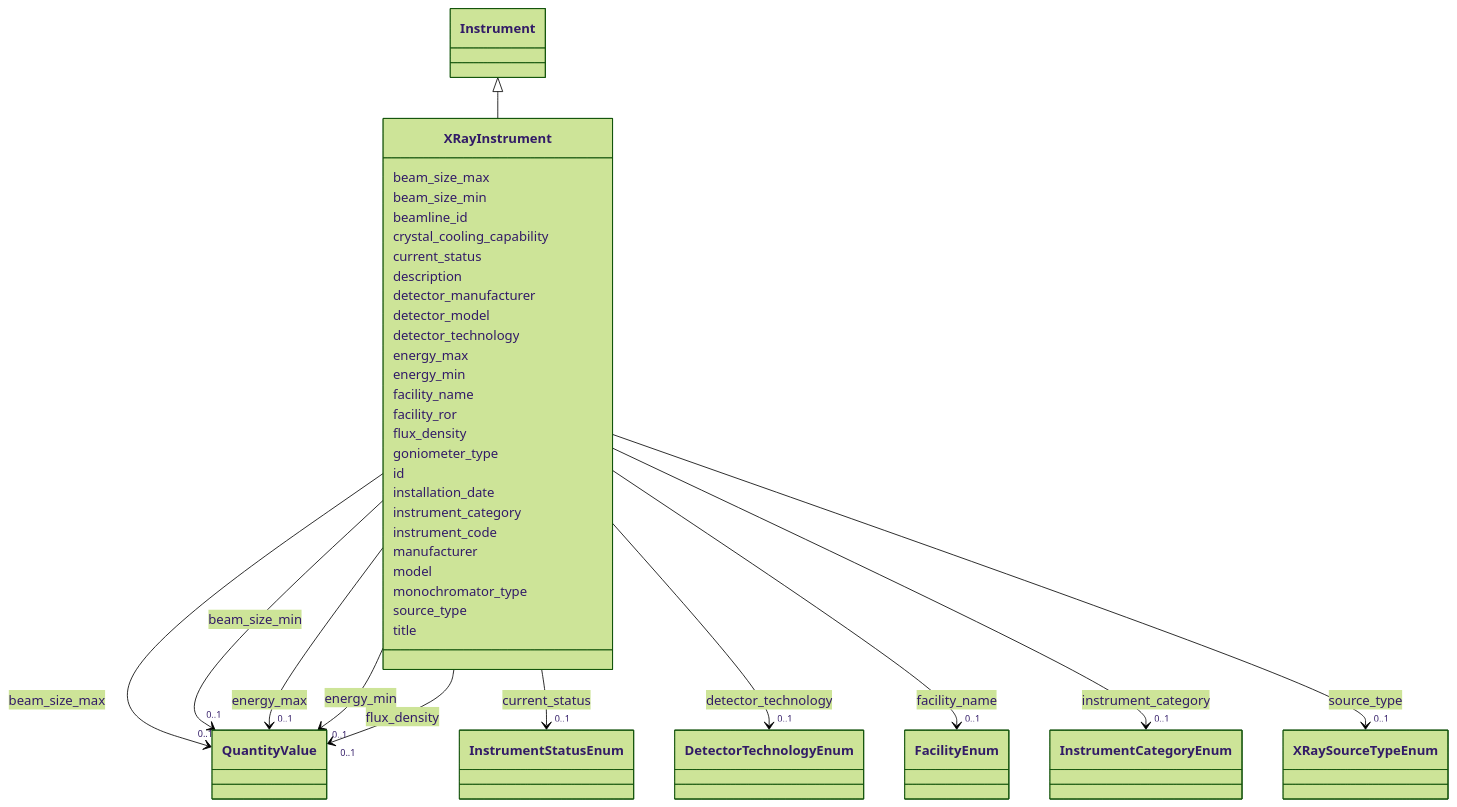
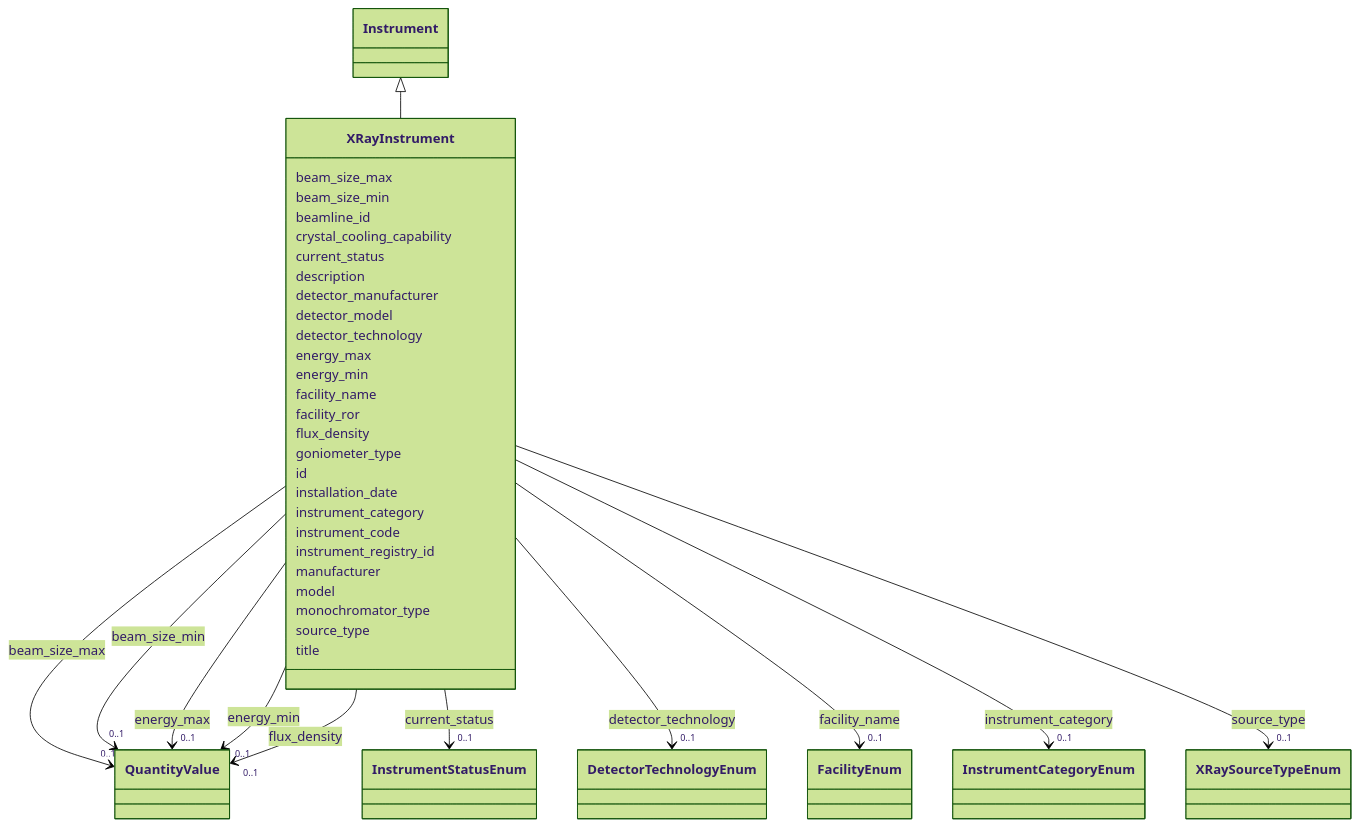
The diagram in docs/elements/XRayInstrument.md (lambda-ber/lambda-ber-schema), drawn with Mermaid (forest theme) before and after one commit. The commit also changed other lines of this file and 236 other files, not shown here.

```diff
--- a/docs/elements/XRayInstrument.md
+++ b/docs/elements/XRayInstrument.md
@@ -141,6 +141,8 @@
         
       XRayInstrument : instrument_code
         
+      XRayInstrument : instrument_registry_id
+        
       XRayInstrument : manufacturer
         
       XRayInstrument : model
```
